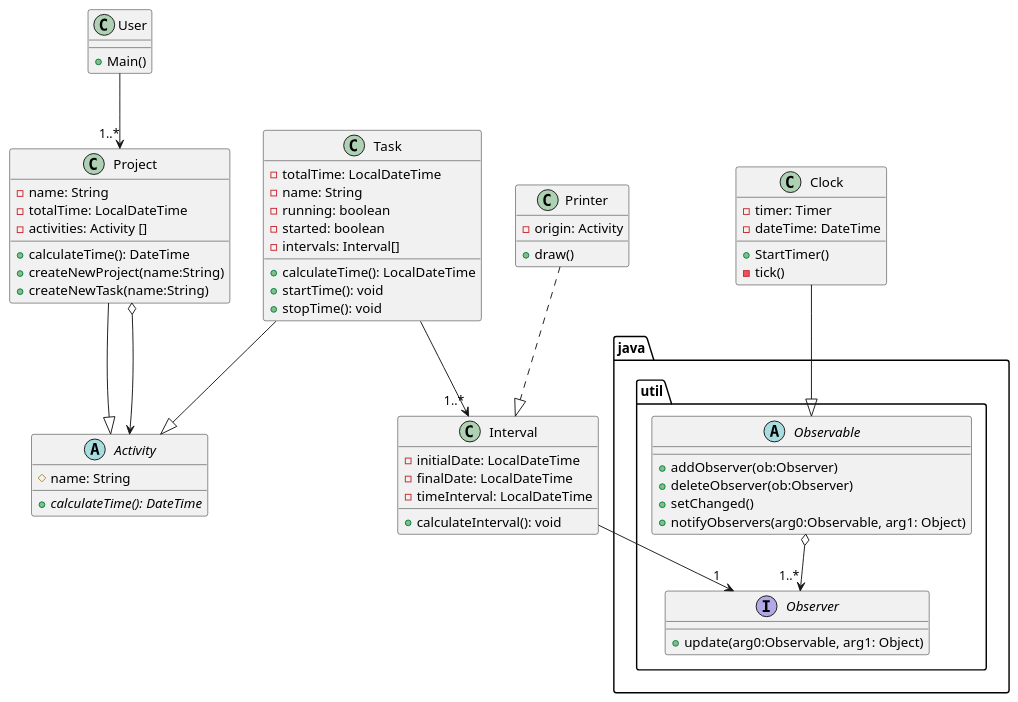
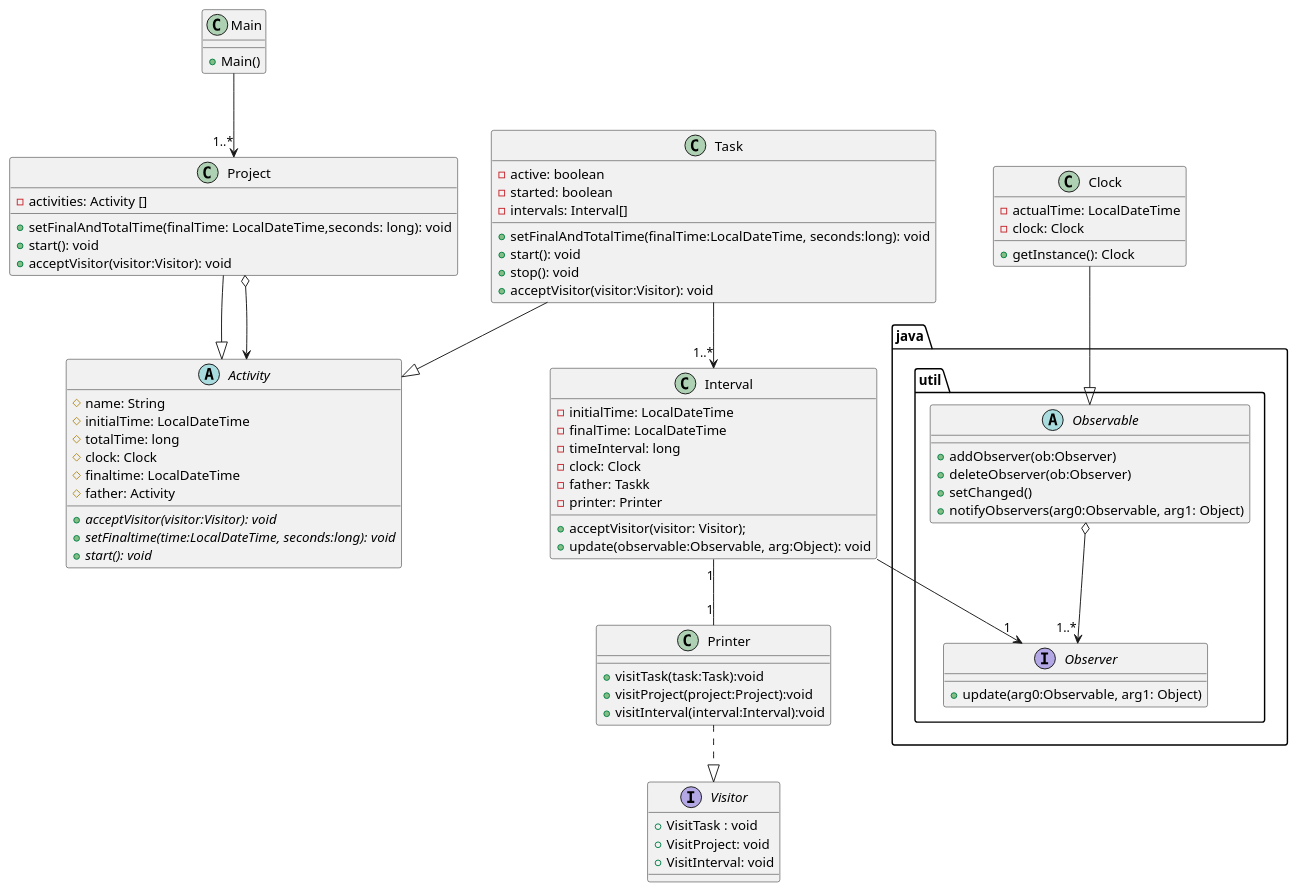
The diagram in TimeTacker/src/Milestone1_Diagram.puml (JPeaceK/TimeTracker), drawn with PlantUML before and after one commit.

```diff
--- a/TimeTacker/src/Milestone1_Diagram.puml
+++ b/TimeTacker/src/Milestone1_Diagram.puml
@@ -1,85 +1,102 @@
 @startuml
 abstract class Activity{
 # name: String
-+ {abstract}calculateTime(): DateTime
+# initialTime: LocalDateTime
+# totalTime: long
+# clock: Clock
+# finaltime: LocalDateTime
+# father: Activity
++ {abstract}acceptVisitor(visitor:Visitor): void
++ {abstract}setFinaltime(time:LocalDateTime, seconds:long): void
++ {abstract}start(): void
 }
 
 class Project{
-- name: String
-- totalTime: LocalDateTime
+
 - activities: Activity []
-+ calculateTime(): DateTime
-+ createNewProject(name:String)
-+ createNewTask(name:String)
++ setFinalAndTotalTime(finalTime: LocalDateTime,seconds: long): void
++ start(): void
++ acceptVisitor(visitor:Visitor): void
 
 }
 
 class Task{
-- totalTime: LocalDateTime
-- name: String
-- running: boolean
+- active: boolean
 - started: boolean
 - intervals: Interval[]
-+ calculateTime(): LocalDateTime
-+ startTime(): void
-+ stopTime(): void
++ setFinalAndTotalTime(finalTime:LocalDateTime, seconds:long): void
++ start(): void
++ stop(): void
++ acceptVisitor(visitor:Visitor): void
 
 }
 
 class Interval{
-- initialDate: LocalDateTime
-- finalDate: LocalDateTime
-- timeInterval: LocalDateTime
+- initialTime: LocalDateTime
+- finalTime: LocalDateTime
+- timeInterval: long
+- clock: Clock
+- father: Taskk
+- printer: Printer
 
-+ calculateInterval(): void
++ acceptVisitor(visitor: Visitor);
++ update(observable:Observable, arg:Object): void
 }
 
 
 
 
 
-class User{
+class Main{
 + Main()
 }
 
 
 class Printer{
-- origin: Activity
-+ draw()
++ visitTask(task:Task):void
++ visitProject(project:Project):void
++ visitInterval(interval:Interval):void
 }
 
 class Clock
 {
--timer: Timer
--dateTime: DateTime
-+StartTimer()
--tick()
+- actualTime: LocalDateTime
+- clock: Clock 
++ getInstance(): Clock
 
 }
+
 
 package java.util <<Folder>>{
 
 abstract class Observable{
 +addObserver(ob:Observer)
 +deleteObserver(ob:Observer)
 +setChanged()
 +notifyObservers(arg0:Observable, arg1: Object)
 }
 interface Observer{
 + update(arg0:Observable, arg1: Object)
 }
 
 
 }
 
+interface Visitor{
++ VisitTask : void
++ VisitProject: void
++ VisitInterval: void
+
+}
+
 Task --|> Activity
 Project --|> Activity
 Project o--> Activity
 Observable o--> "1..*" Observer
-Printer..|> Interval
+Interval "1"-- "1" Printer
 Clock --|> Observable 
 Task -->"1..*" Interval
 Interval --> "1" Observer
-User --> "1..*" Project
-
+Main --> "1..*" Project
+Printer ..|> Visitor
 @enduml
```
